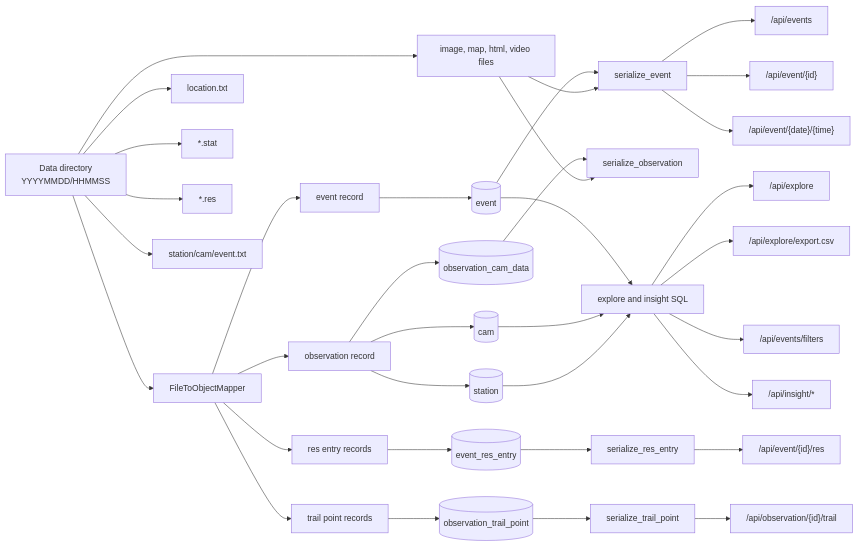
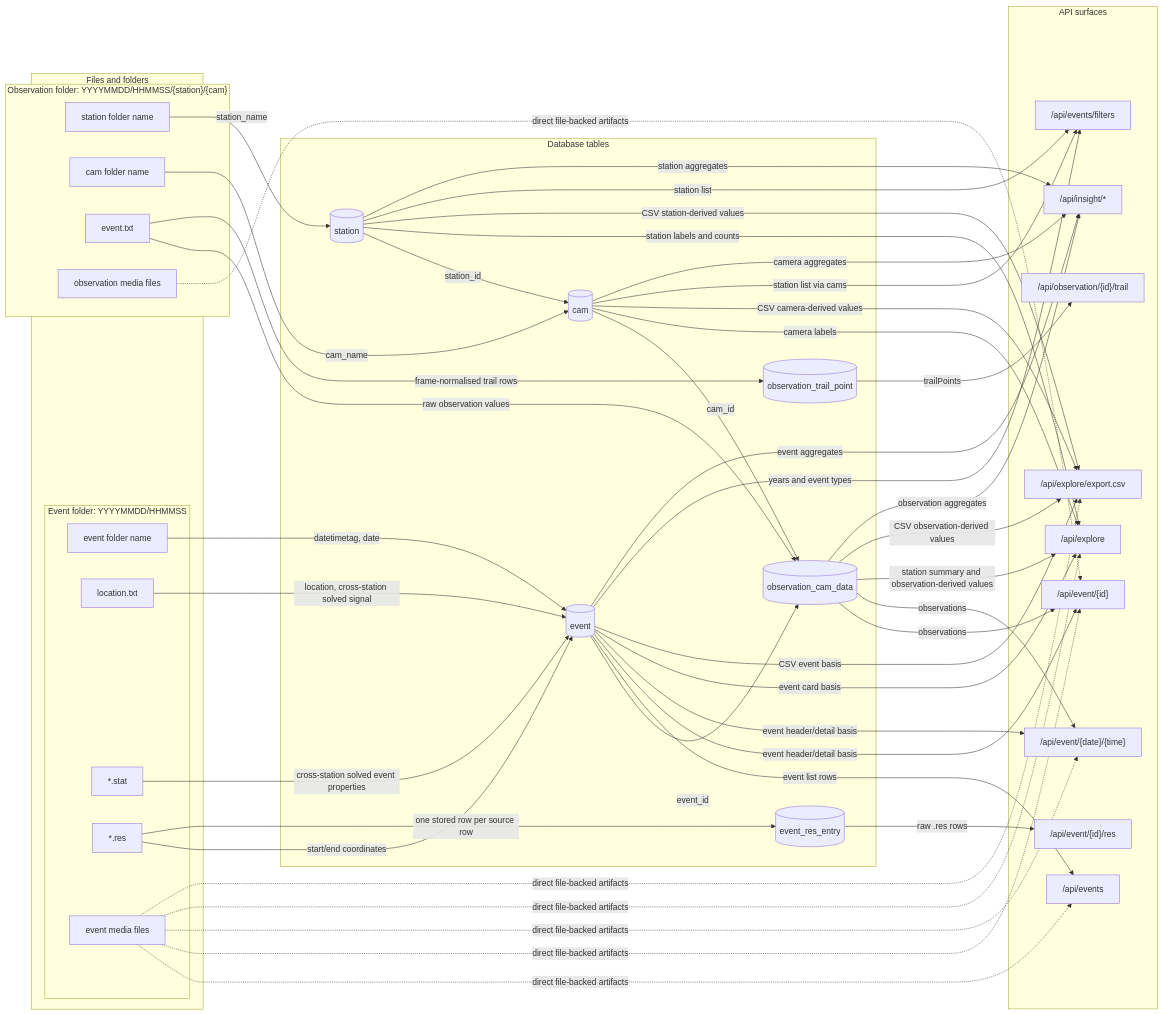
One commit to norskmeteornettverk/ildkule-backend changed the diagram in docs/api-db-file-lineage.md. Above: the diagram before and after it, drawn with Mermaid. The commit also changed other lines of this file and 9 other files, not shown here.

````diff
--- a/docs/api-db-file-lineage.md
+++ b/docs/api-db-file-lineage.md
@@ -25,43 +25,82 @@
 ```mermaid
 flowchart LR
-    A[Data directory<br/>YYYYMMDD/HHMMSS] --> B[FileToObjectMapper]
+    subgraph F["Files and folders"]
+        subgraph FE["Event folder: YYYYMMDD/HHMMSS"]
+            F0["event folder name"]
+            F1["location.txt"]
+            F2["*.stat"]
+            F3["*.res"]
+            F7["event media files"]
+        end
+        subgraph FO["Observation folder: YYYYMMDD/HHMMSS/{station}/{cam}"]
+            F4["station folder name"]
+            F5["cam folder name"]
+            F6["event.txt"]
+            F8["observation media files"]
+        end
+    end
 
-    A --> A1[location.txt]
-    A --> A2[*.stat]
-    A --> A3[*.res]
-    A --> A4[station/cam/event.txt]
-    A --> A5[image, map, html, video files]
+    subgraph D["Database tables"]
+        D1[(event)]
+        D2[(station)]
+        D3[(cam)]
+        D4[(observation_cam_data)]
+        D5[(event_res_entry)]
+        D6[(observation_trail_point)]
+    end
 
-    B --> C1[event record]
-    B --> C2[observation record]
-    B --> C3[res entry records]
-    B --> C4[trail point records]
+    subgraph A["API surfaces"]
+        A1["/api/events"]
+        A2["/api/event/{id}"]
+        A3["/api/event/{date}/{time}"]
+        A4["/api/event/{id}/res"]
+        A5["/api/observation/{id}/trail"]
+        A6["/api/explore"]
+        A7["/api/explore/export.csv"]
+        A8["/api/events/filters"]
+        A9["/api/insight/*"]
+    end
 
-    C1 --> D1[(event)]
-    C2 --> D2[(observation_cam_data)]
-    C3 --> D3[(event_res_entry)]
-    C4 --> D4[(observation_trail_point)]
-    C2 --> D5[(station)]
-    C2 --> D6[(cam)]
+    F0 -- "datetimetag, date" --> D1
+    F1 -- "location, cross-station solved signal" --> D1
+    F2 -- "cross-station solved event properties" --> D1
+    F3 -- "start/end coordinates" --> D1
+    F3 -- "one stored row per source row" --> D5
+    F4 -- "station_name" --> D2
+    F5 -- "cam_name" --> D3
+    F6 -- "raw observation values" --> D4
+    F6 -- "frame-normalised trail rows" --> D6
+    D2 -- "station_id" --> D3
+    D3 -- "cam_id" --> D4
+    D1 -- "event_id" --> D4
 
-    D1 --> E1[serialize_event]
-    D2 --> E2[serialize_observation]
-    D3 --> E3[serialize_res_entry]
-    D4 --> E4[serialize_trail_point]
-    D1 --> E5[explore and insight SQL]
-    D6 --> E5
-    D5 --> E5
+    D1 -- "event list rows" --> A1
+    D1 -- "event header/detail basis" --> A2
+    D1 -- "event header/detail basis" --> A3
+    D4 -- "observations" --> A2
+    D4 -- "observations" --> A3
+    D5 -- "raw .res rows" --> A4
+    D6 -- "trailPoints" --> A5
+    D1 -- "event card basis" --> A6
+    D2 -- "station labels and counts" --> A6
+    D3 -- "camera labels" --> A6
+    D4 -- "station summary and observation-derived values" --> A6
+    D1 -- "CSV event basis" --> A7
+    D2 -- "CSV station-derived values" --> A7
+    D3 -- "CSV camera-derived values" --> A7
+    D4 -- "CSV observation-derived values" --> A7
+    D1 -- "years and event types" --> A8
+    D2 -- "station list" --> A8
+    D3 -- "station list via cams" --> A8
+    D1 -- "event aggregates" --> A9
+    D2 -- "station aggregates" --> A9
+    D3 -- "camera aggregates" --> A9
+    D4 -- "observation aggregates" --> A9
 
-    A5 --> E1
-    A5 --> E2
-
-    E1 --> F1["/api/events"]
-    E1 --> F2["/api/event/{id}"]
-    E1 --> F3["/api/event/{date}/{time}"]
-    E5 --> F4["/api/explore"]
-    E5 --> F5["/api/explore/export.csv"]
-    E5 --> F6["/api/events/filters"]
-    E5 --> F7["/api/insight/*"]
-    E3 --> F8["/api/event/{id}/res"]
-    E4 --> F9["/api/observation/{id}/trail"]
+    F7 -. "direct file-backed artifacts" .-> A1
+    F7 -. "direct file-backed artifacts" .-> A2
+    F7 -. "direct file-backed artifacts" .-> A3
+    F7 -. "direct file-backed artifacts" .-> A6
+    F7 -. "direct file-backed artifacts" .-> A7
+    F8 -. "direct file-backed artifacts" .-> A2
 ```
````
